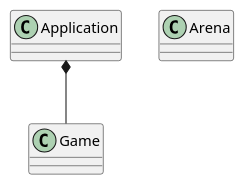
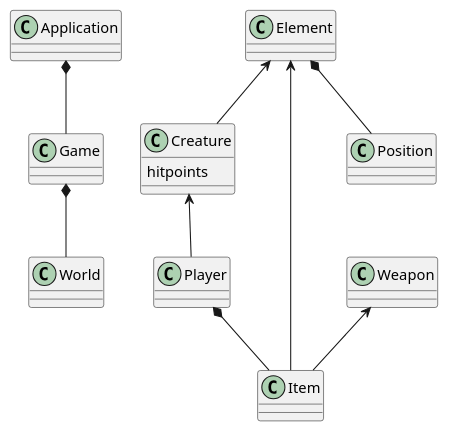
One commit to Educorreia932/FEUP-LPOO changed the diagram in uml.puml. Above: the diagram before and after it, drawn with PlantUML. The commit also changed 11 other files, not shown here.

```diff
--- a/uml.puml
+++ b/uml.puml
@@ -1,11 +1,31 @@
 @startuml hero
 
 class Application 
 
-class Arena
+class World
 
 class Game
 
+class Element 
+
+class Player
+
+class Creature {
+    hitpoints
+}
+
 Application *-- Game
 
+Game *-- World
+
+Element <-- Creature
+Element <-- Item
+Element *-- Position
+
+Creature <-- Player
+
+Player *-- Item
+
+Weapon <-- Item
+
 @enduml
```
